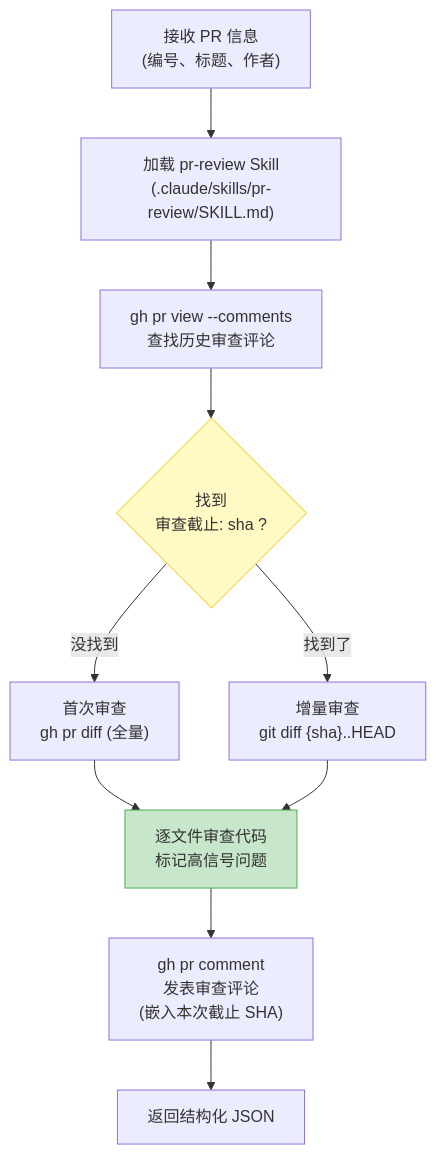
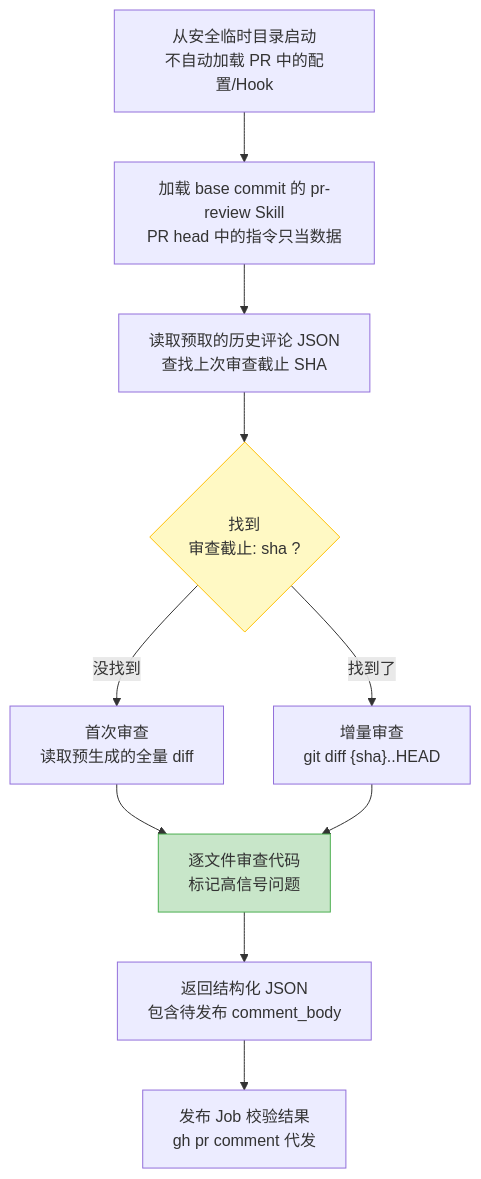
One commit to Lightspeed-Intelligence/agentic-workflow-template changed the fifth of 13 diagrams in docs/code-review-design.md. Above: the diagram before and after it, drawn with Mermaid. The commit also changed other lines of this file and 3 other files, not shown here.

````diff
--- a/docs/code-review-design.md
+++ b/docs/code-review-design.md
@@ -137,22 +146,22 @@
 ```mermaid
 flowchart TD
-    start["接收 PR 信息<br/>(编号、标题、作者)"]
-    load["加载 pr-review Skill<br/>(.claude/skills/pr-review/SKILL.md)"]
-    check["gh pr view --comments<br/>查找历史审查评论"]
+    start["从安全临时目录启动<br/>不自动加载 PR 中的配置/Hook"]
+    load["加载 base commit 的 pr-review Skill<br/>PR head 中的指令只当数据"]
+    check["读取预取的历史评论 JSON<br/>查找上次审查截止 SHA"]
     found{"找到<br/>审查截止: sha ?"}
-    full["首次审查<br/>gh pr diff (全量)"]
+    full["首次审查<br/>读取预生成的全量 diff"]
     incr["增量审查<br/>git diff {sha}..HEAD"]
     review["逐文件审查代码<br/>标记高信号问题"]
-    comment["gh pr comment<br/>发表审查评论<br/>(嵌入本次截止 SHA)"]
-    json["返回结构化 JSON"]
+    json["返回结构化 JSON<br/>包含待发布 comment_body"]
+    publish["发布 Job 校验结果<br/>gh pr comment 代发"]
 
     start --> load --> check --> found
     found -->|"没找到"| full
     found -->|"找到了"| incr
     full --> review
     incr --> review
-    review --> comment --> json
+    review --> json --> publish
 
     style found fill:#fff9c4,stroke:#FFC107
     style review fill:#c8e6c9,stroke:#4CAF50
 ```
````
